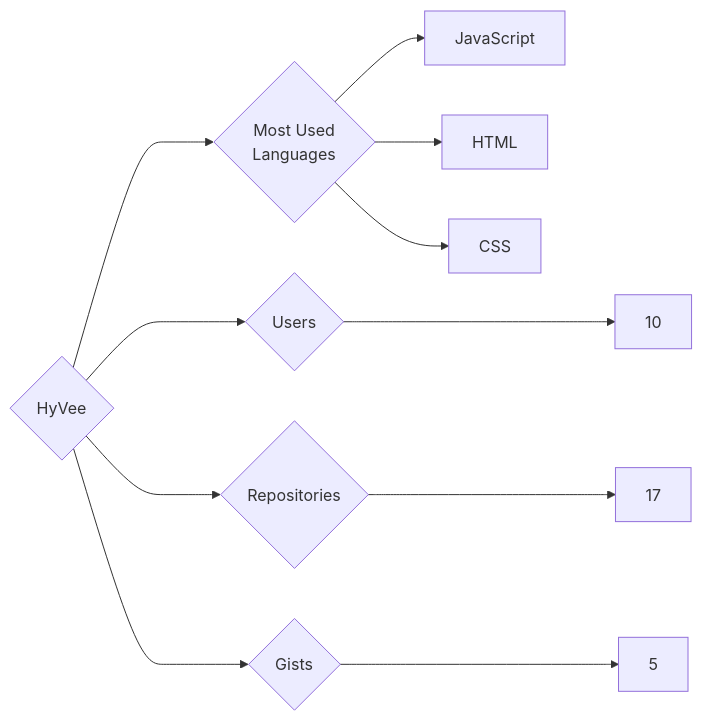
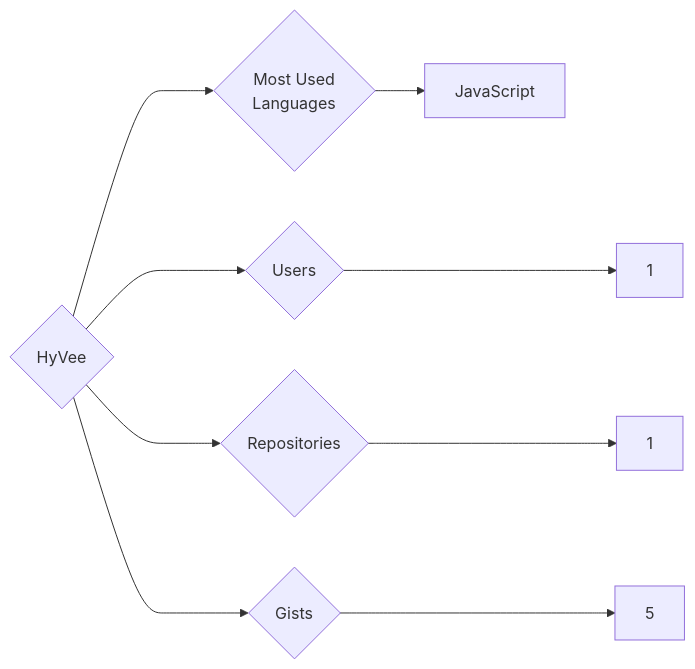
The diagram in targets/HyVee/README.md (trickest/insiders), drawn with Mermaid before and after one commit. The commit also changed 610 other files, not shown here.

````diff
--- a/targets/HyVee/README.md
+++ b/targets/HyVee/README.md
@@ -3,11 +3,9 @@
 ```mermaid
 graph LR
 COMPANY_NAME{HyVee}
-COMPANY_NAME ---> U{Users} ---> UN[10]
-COMPANY_NAME ---> R{Repositories} ---> RN[17]
+COMPANY_NAME ---> U{Users} ---> UN[1]
+COMPANY_NAME ---> R{Repositories} ---> RN[1]
 COMPANY_NAME ---> G{Gists} ---> GN[5]
 COMPANY_NAME ---> ML{Most Used<br>Languages}
 ML --> JavaScript[JavaScript]
-ML --> HTML[HTML]
-ML --> CSS[CSS]
 ```
````
